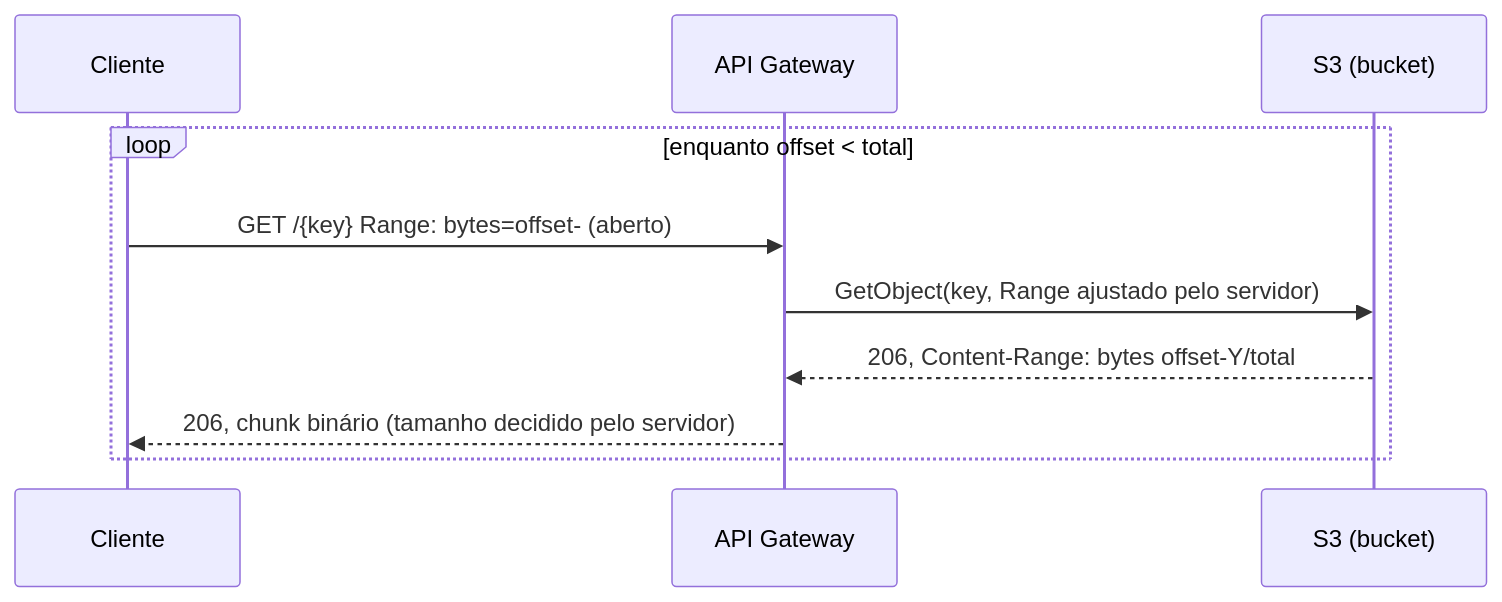
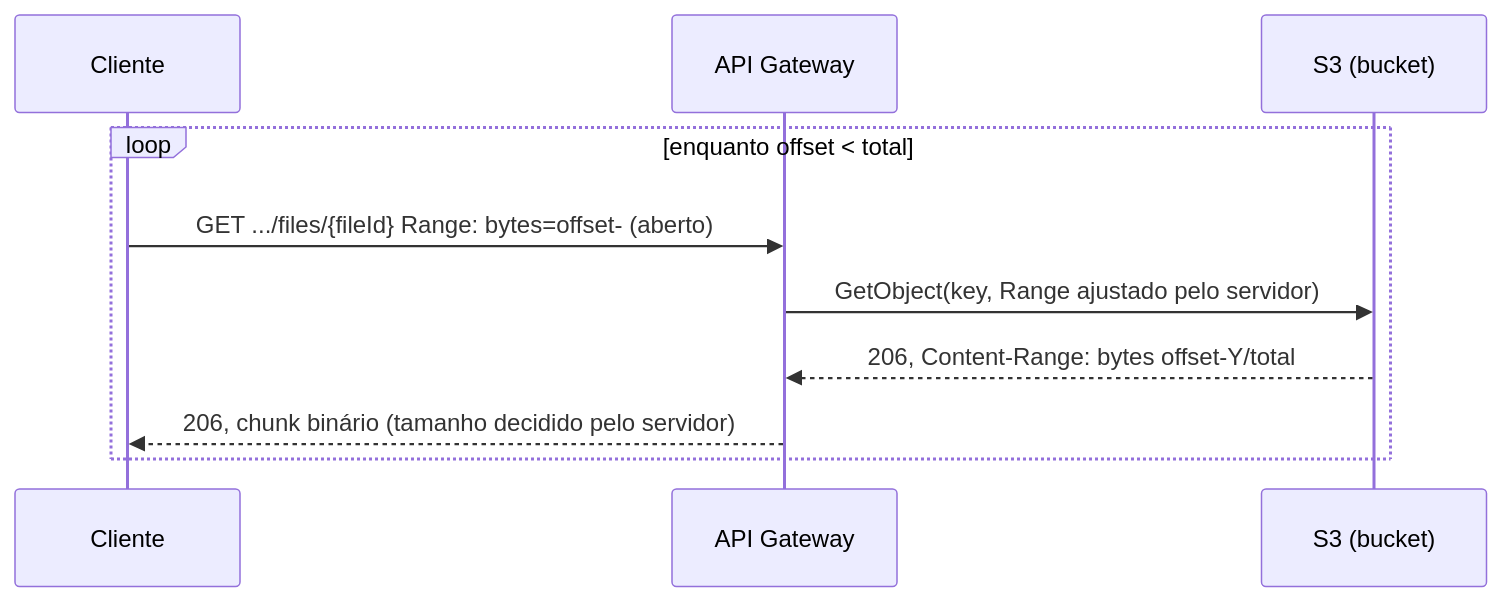
One commit to brunojet/apigw-transfer changed the diagram in docs/architecture.md. Above: the diagram before and after it, drawn with Mermaid. The commit also changed other lines of this file and 17 other files, not shown here.

````diff
--- a/docs/architecture.md
+++ b/docs/architecture.md
@@ -43,13 +43,13 @@
 ```mermaid
 sequenceDiagram
     participant C as Cliente
     participant AGW as API Gateway
     participant S3 as S3 (bucket)
 
     loop enquanto offset < total
-        C->>AGW: GET /{key}  Range: bytes=offset-  (aberto)
+        C->>AGW: GET .../files/{fileId}  Range: bytes=offset-  (aberto)
         AGW->>S3: GetObject(key, Range ajustado pelo servidor)
         S3-->>AGW: 206, Content-Range: bytes offset-Y/total
         AGW-->>C: 206, chunk binário (tamanho decidido pelo servidor)
     end
 ```
````
